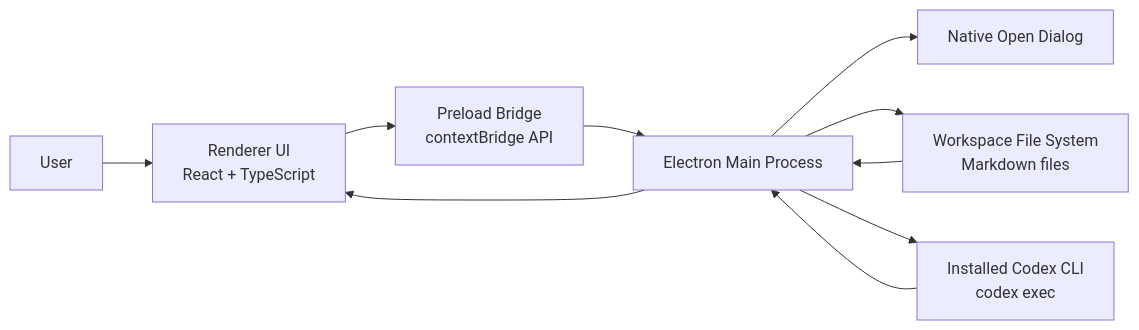
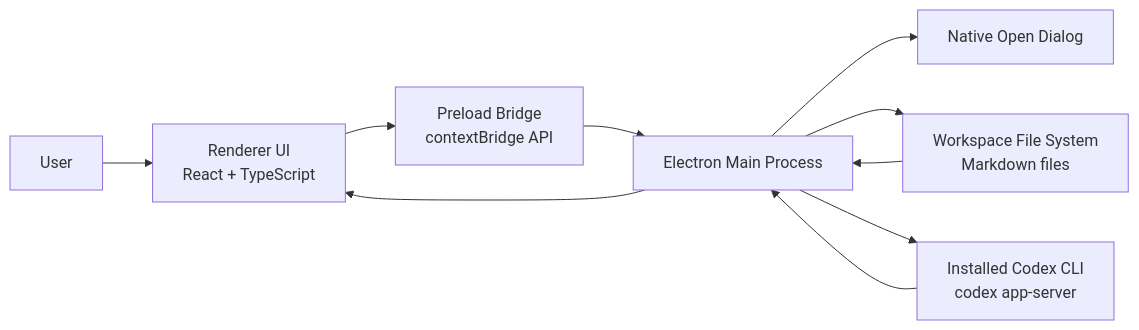
Before and after one commit to oliverkocsis/mohio: the diagram in docs/architecture.md, drawn with Mermaid. The commit also changed other lines of this file and 17 other files, not shown here.

````diff
--- a/docs/architecture.md
+++ b/docs/architecture.md
@@ -16,12 +16,12 @@
 ```mermaid
 flowchart LR
   User["User"] --> Renderer["Renderer UI\nReact + TypeScript"]
   Renderer --> Preload["Preload Bridge\ncontextBridge API"]
   Preload --> Main["Electron Main Process"]
   Main --> Dialog["Native Open Dialog"]
   Main --> FS["Workspace File System\nMarkdown files"]
-  Main --> Codex["Installed Codex CLI\ncodex exec"]
+  Main --> Codex["Installed Codex CLI\ncodex app-server"]
   FS --> Main
   Codex --> Main
   Main --> Renderer
 ```
````
